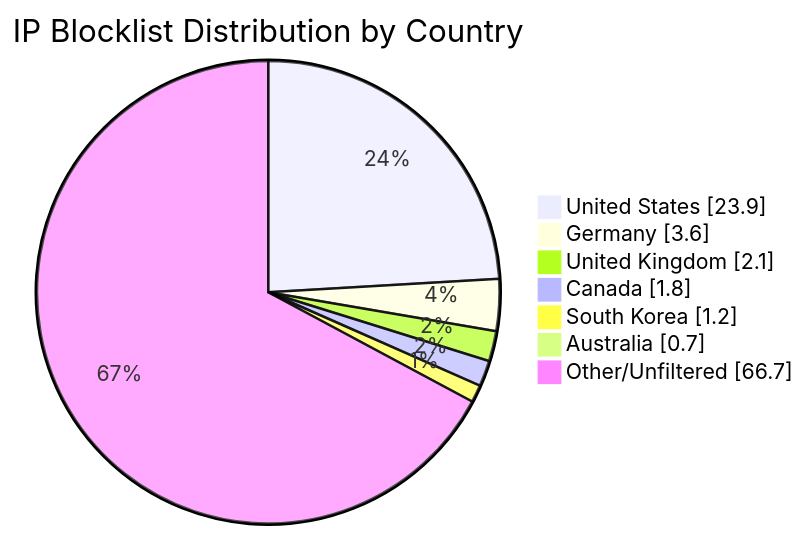
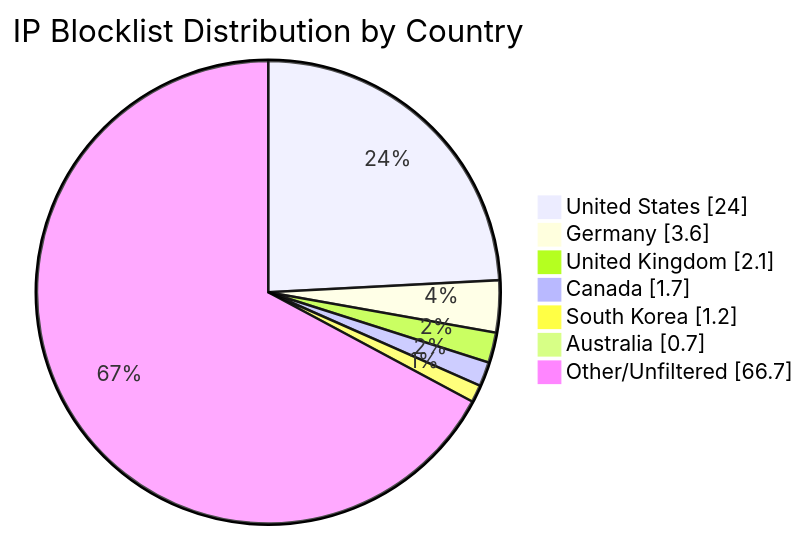
One commit to MarcusHoltz/ipblocklist-geofiltered-aggregator changed the diagram in README.md. Above: the diagram before and after it, drawn with Mermaid. The commit also changed other lines of this file and 9 other files, not shown here.

````diff
--- a/README.md
+++ b/README.md
@@ -34,10 +34,10 @@
 ```mermaid
 pie showData title IP Blocklist Distribution by Country
-"United States" : 23.9
+"United States" : 24.0
 "Germany" : 3.6
 "United Kingdom" : 2.1
-"Canada" : 1.8
+"Canada" : 1.7
 "South Korea" : 1.2
 "Australia" : 0.7
 "Other/Unfiltered" : 66.7
 ```
````
